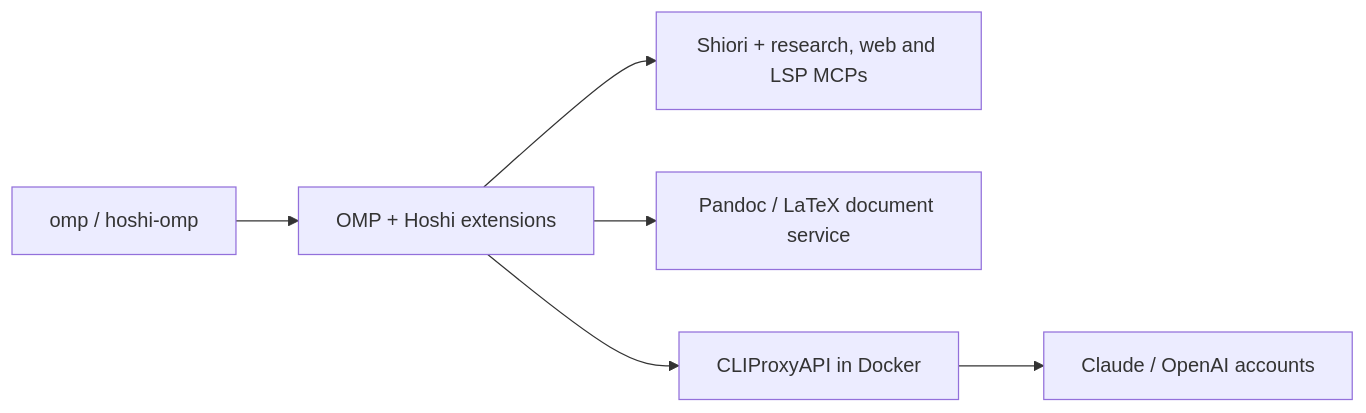
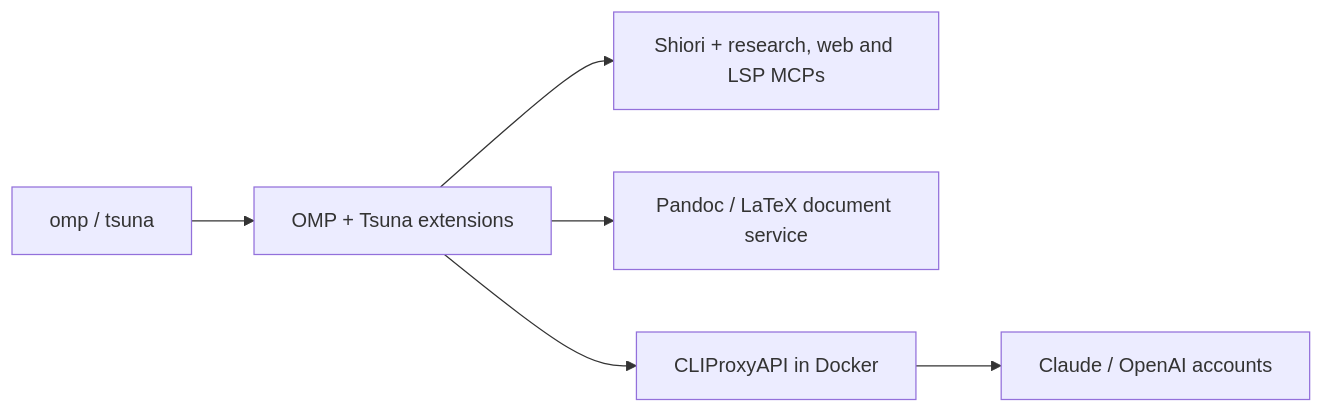
Before and after one commit to hoshinoht/tsuna: the diagram in README.md, drawn with Mermaid. The commit also changed other lines of this file and 15 other files, not shown here.

````diff
--- a/README.md
+++ b/README.md
@@ -52,8 +53,8 @@
 ```mermaid
 flowchart LR
-  CLI[omp / hoshi-omp] --> OMP[OMP + Hoshi extensions]
+  CLI[omp / tsuna] --> OMP[OMP + Tsuna extensions]
   OMP --> MCP[Shiori + research, web and LSP MCPs]
   OMP --> Docs[Pandoc / LaTeX document service]
   OMP --> Gateway[CLIProxyAPI in Docker]
   Gateway --> Accounts[Claude / OpenAI accounts]
 ```
````
